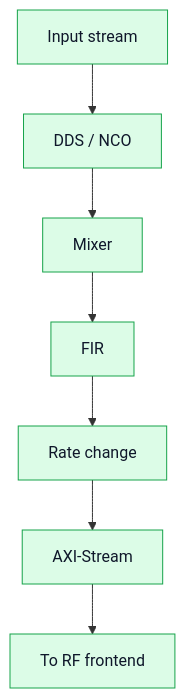
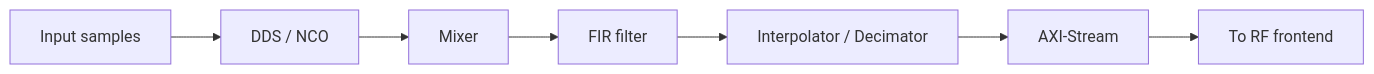
One commit to Lay007/zynq-sdr-course changed the second of 4 diagrams in docs/model-to-measurement.md. Above: the diagram before and after it, drawn with Mermaid. The commit also changed other lines of this file, not shown here.

````diff
--- a/docs/model-to-measurement.md
+++ b/docs/model-to-measurement.md
@@ -85,14 +44,12 @@
 ```mermaid
-flowchart TB
-    classDef fpga fill:#DCFCE7,color:#0F172A,stroke:#16A34A,stroke-width:1px;
-
-    IN["Input stream"]:::fpga
-    DDS["DDS / NCO"]:::fpga
-    MIX["Mixer"]:::fpga
-    FIR["FIR"]:::fpga
-    RATE["Rate change"]:::fpga
-    AXI["AXI-Stream"]:::fpga
-    OUT["To RF frontend"]:::fpga
+flowchart LR
+    IN[Input samples]
+    DDS[DDS / NCO]
+    MIX[Mixer]
+    FIR[FIR filter]
+    RATE[Interpolator / Decimator]
+    AXI[AXI-Stream]
+    OUT[To RF frontend]
 
     IN --> DDS --> MIX --> FIR --> RATE --> AXI --> OUT
 ```
````
